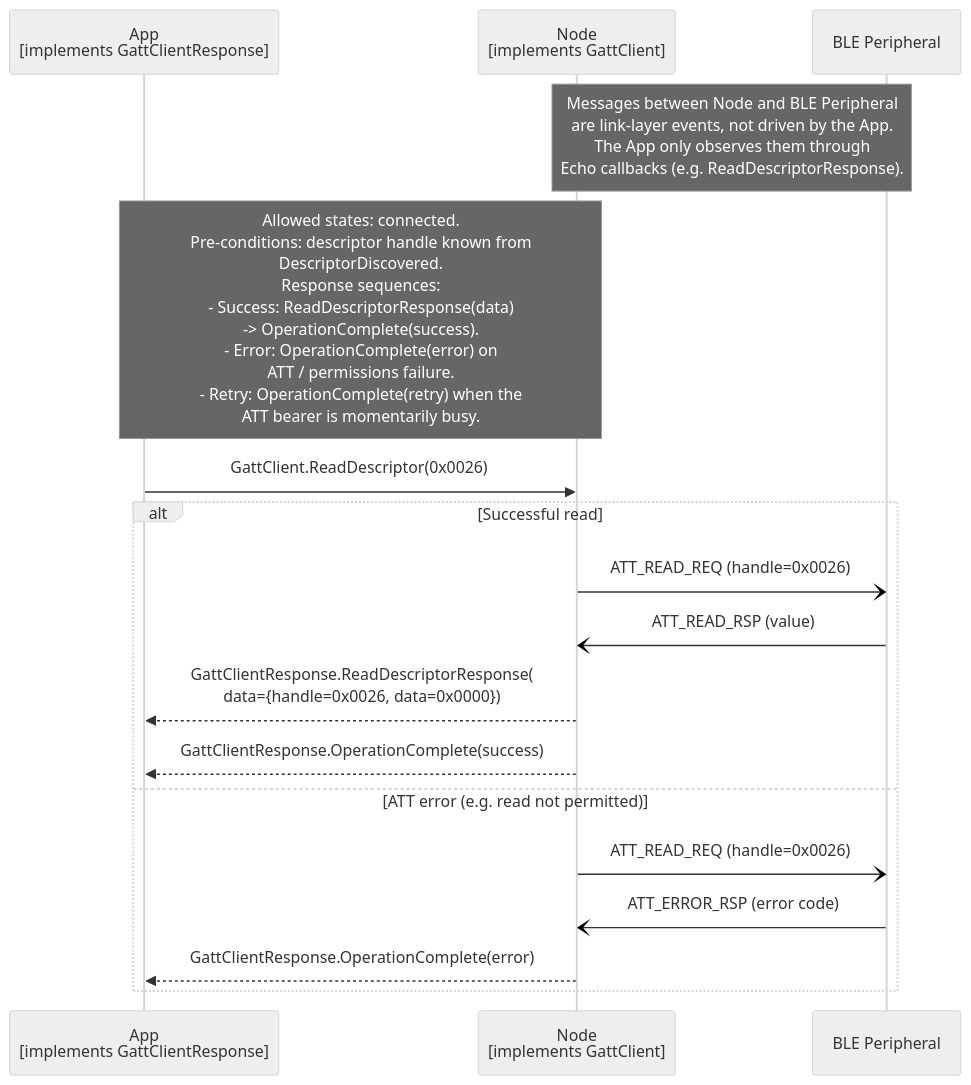
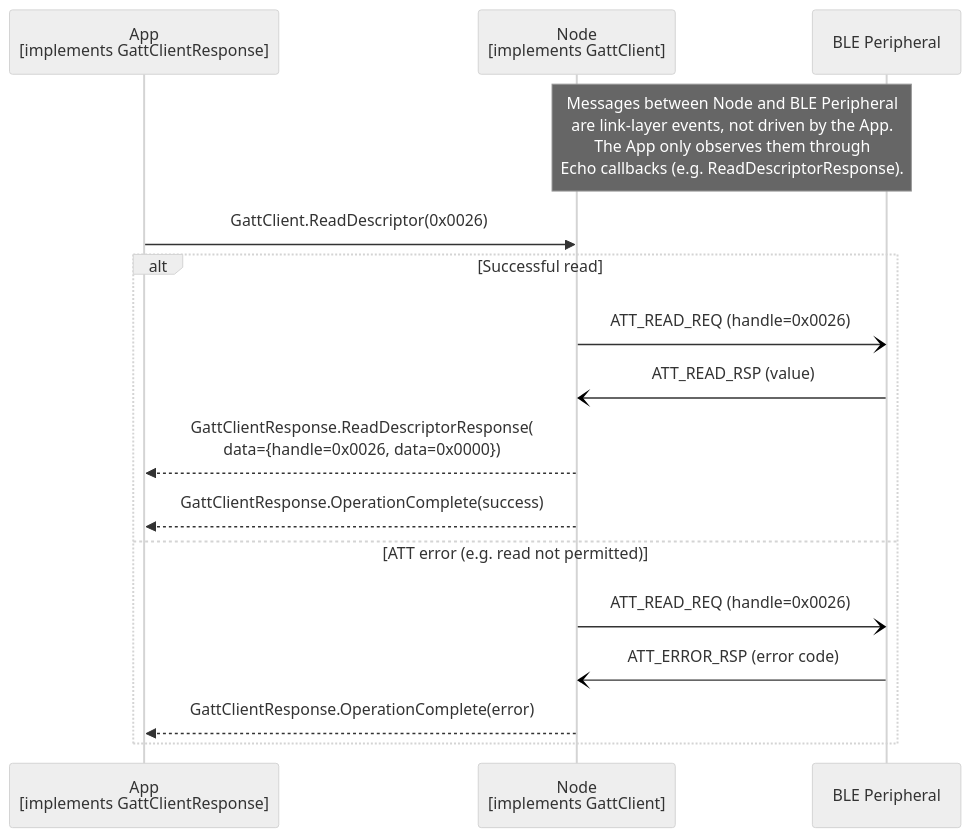
The diagram in documents/modules/ROOT/partials/echoservices/gatt_client/GattClient_ReadDescriptor_sequence.mmd (philips-software/amp-embedded-infra-lib), drawn with Mermaid (neutral theme) before and after one commit. The commit also changed 16 other files, not shown here.

```diff
--- a/documents/modules/ROOT/partials/echoservices/gatt_client/GattClient_ReadDescriptor_sequence.mmd
+++ b/documents/modules/ROOT/partials/echoservices/gatt_client/GattClient_ReadDescriptor_sequence.mmd
@@ -1,20 +1,19 @@
 sequenceDiagram
     participant App as App<br>[implements GattClientResponse]
     participant Node as Node<br>[implements GattClient]
     participant Peripheral as BLE Peripheral
 
     Note over Node, Peripheral: Messages between Node and BLE Peripheral<br>are link-layer events, not driven by the App.<br>The App only observes them through<br>Echo callbacks (e.g. ReadDescriptorResponse).
-    Note over App, Node: Allowed states: connected.<br>Pre-conditions: descriptor handle known from<br>DescriptorDiscovered.<br>Response sequences:<br>- Success: ReadDescriptorResponse(data)<br>  -> OperationComplete(success).<br>- Error: OperationComplete(error) on<br>  ATT / permissions failure.<br>- Retry: OperationComplete(retry) when the<br>  ATT bearer is momentarily busy.
 
     App->>Node: GattClient.ReadDescriptor(0x0026)
 
     alt Successful read
         Node-)Peripheral: ATT_READ_REQ (handle=0x0026)
         Peripheral-)Node: ATT_READ_RSP (value)
         Node-->>App: GattClientResponse.ReadDescriptorResponse(<br>data={handle=0x0026, data=0x0000})
         Node-->>App: GattClientResponse.OperationComplete(success)
     else ATT error (e.g. read not permitted)
         Node-)Peripheral: ATT_READ_REQ (handle=0x0026)
         Peripheral-)Node: ATT_ERROR_RSP (error code)
         Node-->>App: GattClientResponse.OperationComplete(error)
     end
```
